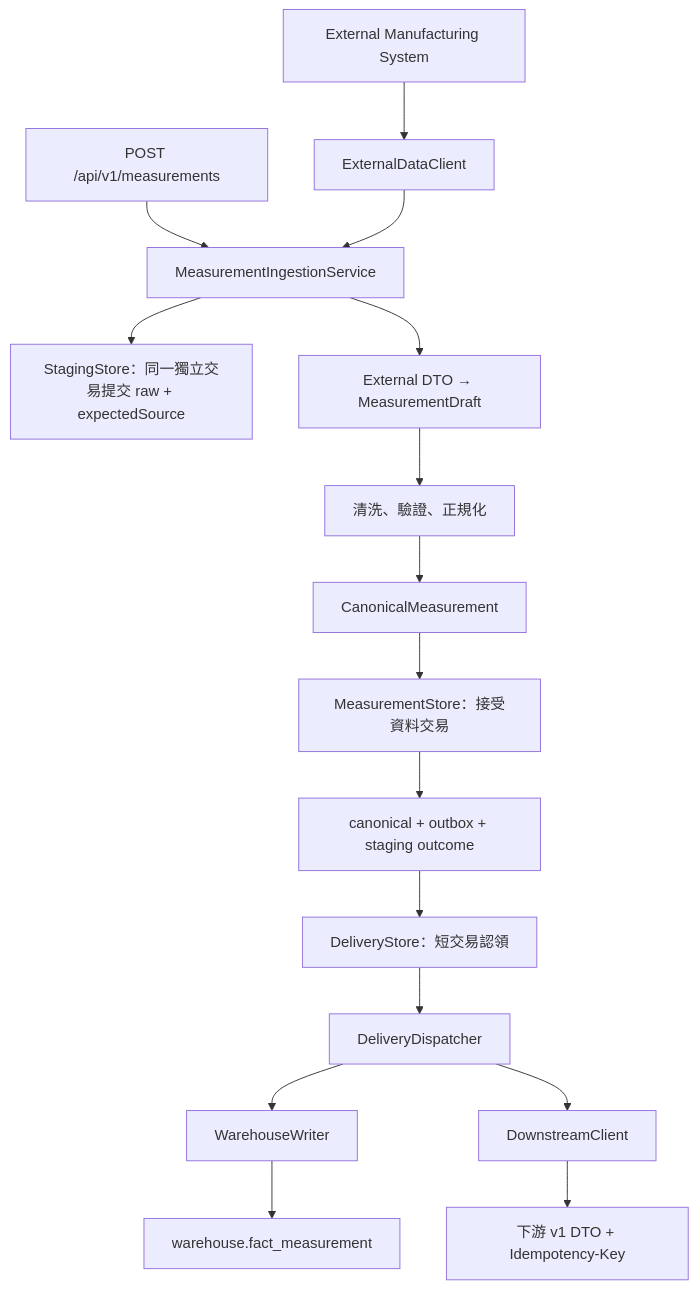
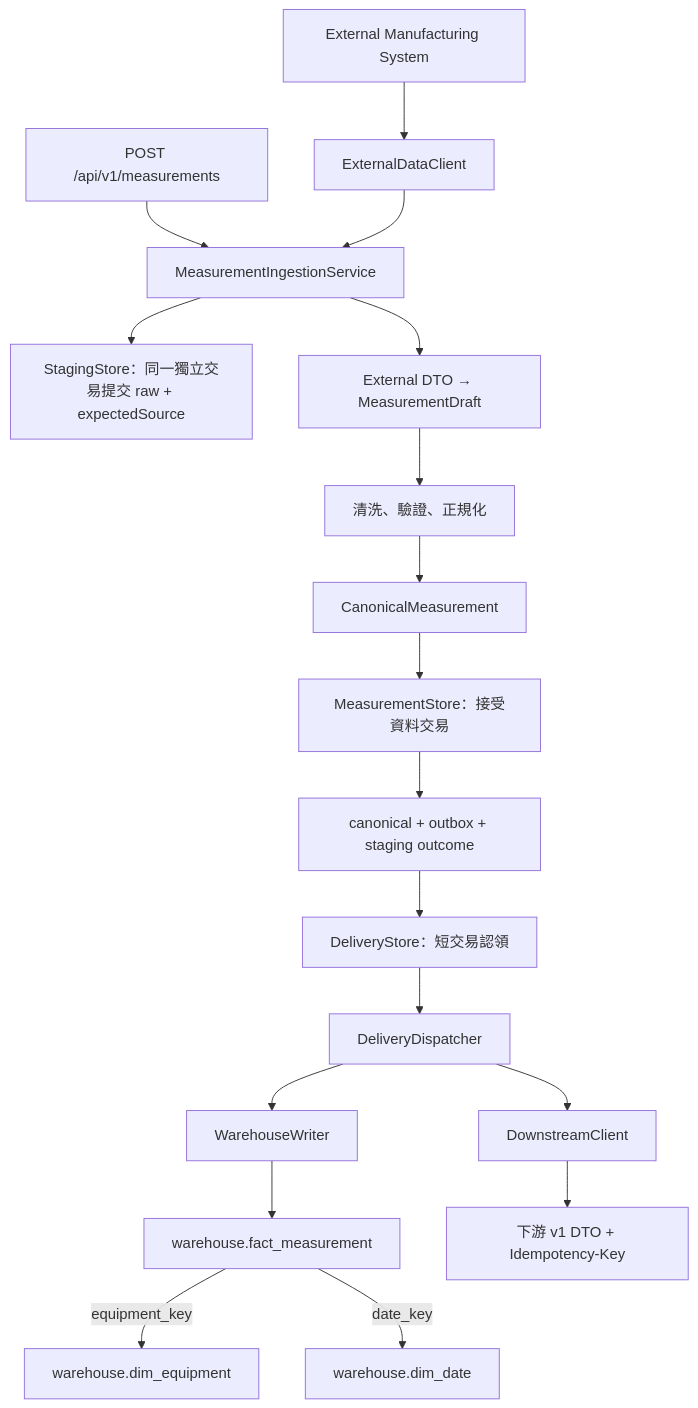
The first of 3 diagrams in docs/architecture.md (xuping68/FactoryBridge-Manufacturing-Data-Integration-Middleware), drawn with Mermaid before and after one commit. The commit also changed other lines of this file and 11 other files, not shown here.

First line of the commit message:
feat(warehouse): add equipment and date star schema without losing V1 data

````diff
--- a/docs/architecture.md
+++ b/docs/architecture.md
@@ -19,18 +20,20 @@
 ```mermaid
 flowchart TD
     Source[External Manufacturing System] --> Fetch[ExternalDataClient]
     API[POST /api/v1/measurements] --> Ingest[MeasurementIngestionService]
     Fetch --> Ingest
     Ingest --> Raw[StagingStore：同一獨立交易提交 raw + expectedSource]
     Ingest --> Decode[External DTO → MeasurementDraft]
     Decode --> Normalize[清洗、驗證、正規化]
     Normalize --> Canonical[CanonicalMeasurement]
     Canonical --> Accept[MeasurementStore：接受資料交易]
     Accept --> DB[canonical + outbox + staging outcome]
     DB --> Claim[DeliveryStore：短交易認領]
     Claim --> Dispatch[DeliveryDispatcher]
     Dispatch --> Warehouse[WarehouseWriter]
     Dispatch --> Downstream[DownstreamClient]
     Warehouse --> Fact[warehouse.fact_measurement]
+    Fact -->|equipment_key| Equipment[warehouse.dim_equipment]
+    Fact -->|date_key| Date[warehouse.dim_date]
     Downstream --> Transform[下游 v1 DTO + Idempotency-Key]
 ```
````
